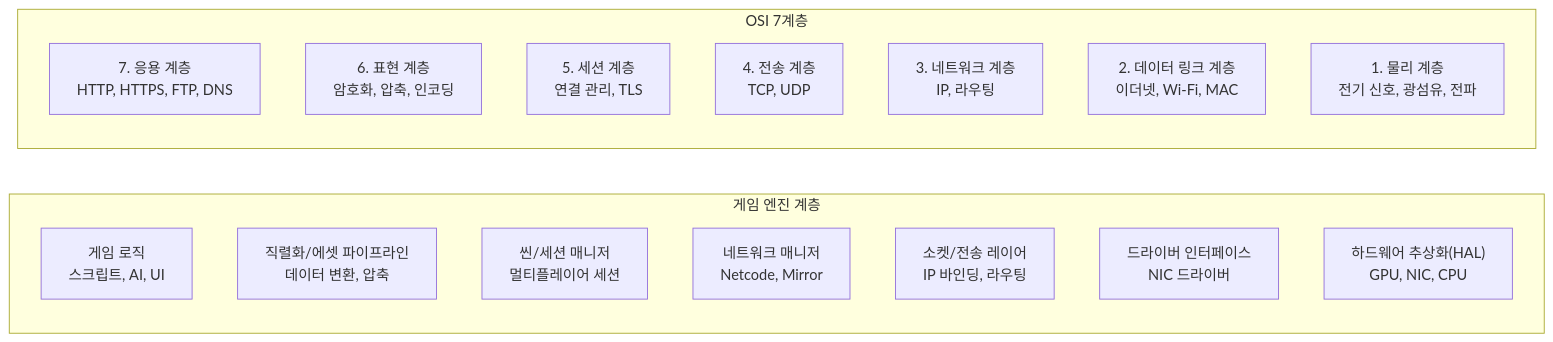
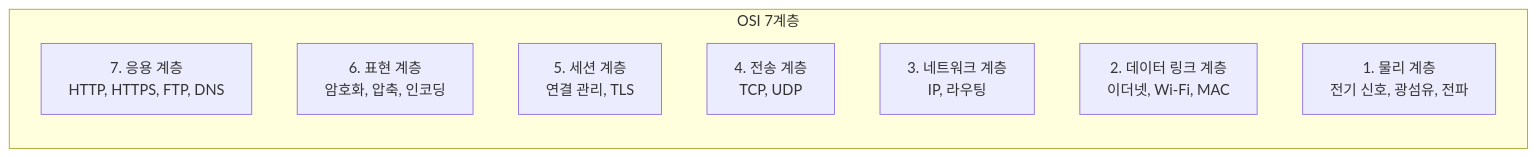
Before and after one commit to Epheria/Epheria.github.io: the first of 4 diagrams in _posts/ETC/2026-02-21-InternetInfra01.md, drawn with Mermaid. The commit also changed other lines of this file and 1 other file, not shown here.

````diff
--- a/_posts/ETC/2026-02-21-InternetInfra01.md
+++ b/_posts/ETC/2026-02-21-InternetInfra01.md
@@ -46,32 +44,13 @@
 ```mermaid
 flowchart TB
     subgraph OSI["OSI 7계층"]
         direction TB
         L7["7. 응용 계층<br/>HTTP, HTTPS, FTP, DNS"]
         L6["6. 표현 계층<br/>암호화, 압축, 인코딩"]
         L5["5. 세션 계층<br/>연결 관리, TLS"]
         L4["4. 전송 계층<br/>TCP, UDP"]
         L3["3. 네트워크 계층<br/>IP, 라우팅"]
         L2["2. 데이터 링크 계층<br/>이더넷, Wi-Fi, MAC"]
         L1["1. 물리 계층<br/>전기 신호, 광섬유, 전파"]
     end
-
-    subgraph Engine["게임 엔진 계층"]
-        direction TB
-        E7["게임 로직<br/>스크립트, AI, UI"]
-        E6["직렬화/에셋 파이프라인<br/>데이터 변환, 압축"]
-        E5["씬/세션 매니저<br/>멀티플레이어 세션"]
-        E4["네트워크 매니저<br/>Netcode, Mirror"]
-        E3["소켓/전송 레이어<br/>IP 바인딩, 라우팅"]
-        E2["드라이버 인터페이스<br/>NIC 드라이버"]
-        E1["하드웨어 추상화(HAL)<br/>GPU, NIC, CPU"]
-    end
-
-    L7 ~~~ E7
-    L6 ~~~ E6
-    L5 ~~~ E5
-    L4 ~~~ E4
-    L3 ~~~ E3
-    L2 ~~~ E2
-    L1 ~~~ E1
 ```
````
